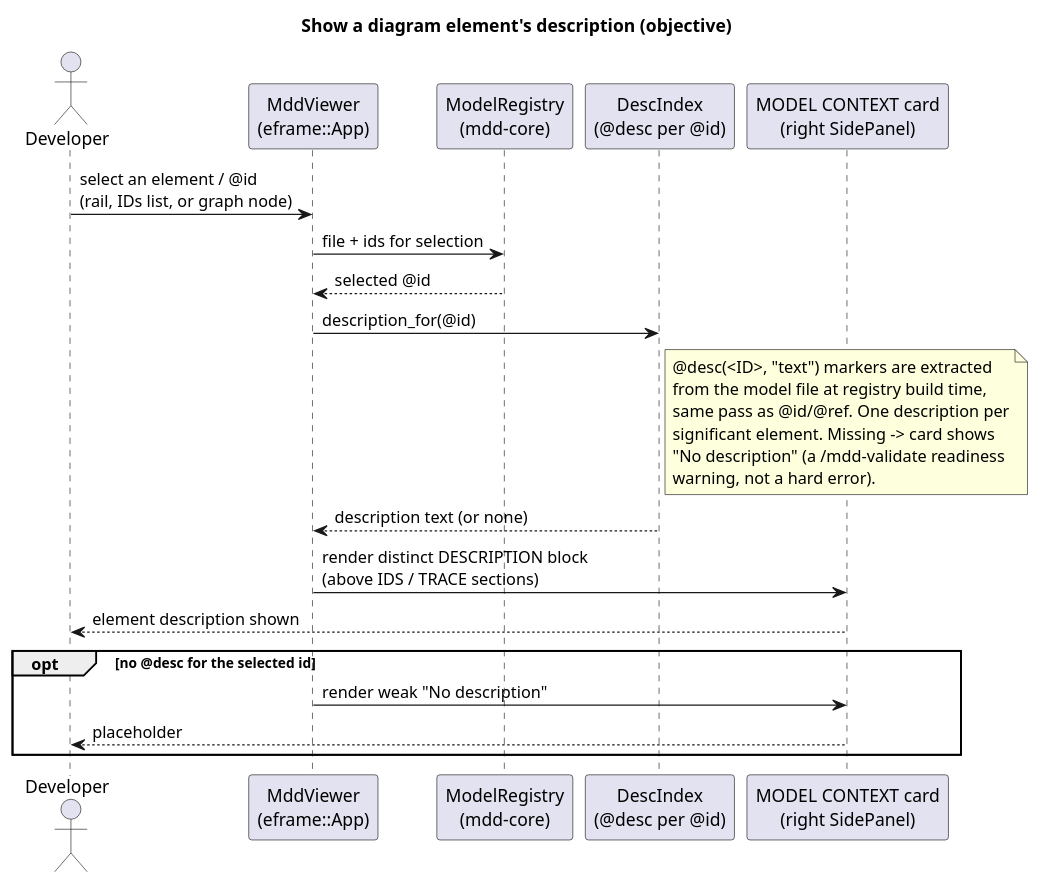
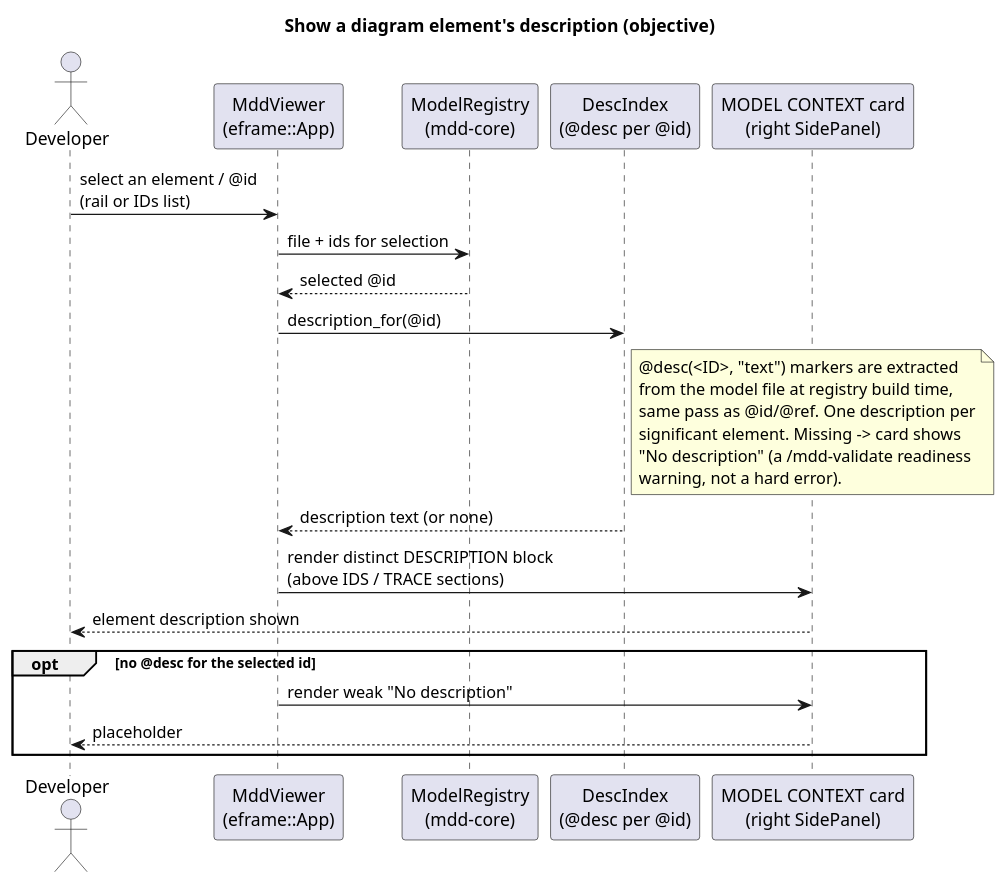
One commit to cthadeufaria/model-driven-development changed the diagram in .mdd/models/objective/sequences/element-description.puml. Above: the diagram before and after it, drawn with PlantUML. The commit also changed 366 other files, not shown here.

```diff
--- a/.mdd/models/objective/sequences/element-description.puml
+++ b/.mdd/models/objective/sequences/element-description.puml
@@ -1,38 +1,38 @@
 @startuml
 ' @id(SEQ-ELEMENT-DESC)
 ' @ref(USE-ELEMENT-DESC)
 '
 ' Objective-side flow: selecting a diagram element shows its @desc text
 ' in the right-hand MODEL CONTEXT card, distinctly styled.
 '
 ' @desc(SEQ-ELEMENT-DESC, "How the viewer resolves the @desc text for a selected @id and renders it as a distinct description block in the MODEL CONTEXT card.")
 title Show a diagram element's description (objective)
 
 actor "Developer" as Dev
 participant "MddViewer\n(eframe::App)" as Viewer
 participant "ModelRegistry\n(mdd-core)" as Reg
 participant "DescIndex\n(@desc per @id)" as Desc
 participant "MODEL CONTEXT card\n(right SidePanel)" as Card
 
-Dev -> Viewer : select an element / @id\n(rail, IDs list, or graph node)
+Dev -> Viewer : select an element / @id\n(rail or IDs list)
 Viewer -> Reg : file + ids for selection
 Reg --> Viewer : selected @id
 Viewer -> Desc : description_for(@id)
 note right of Desc
   @desc(<ID>, "text") markers are extracted
   from the model file at registry build time,
   same pass as @id/@ref. One description per
   significant element. Missing -> card shows
   "No description" (a /mdd-validate readiness
   warning, not a hard error).
 end note
 Desc --> Viewer : description text (or none)
 
 Viewer -> Card : render distinct DESCRIPTION block\n(above IDS / TRACE sections)
 Card --> Dev : element description shown
 
 opt no @desc for the selected id
   Viewer -> Card : render weak "No description"
   Card --> Dev : placeholder
 end
 @enduml
```
